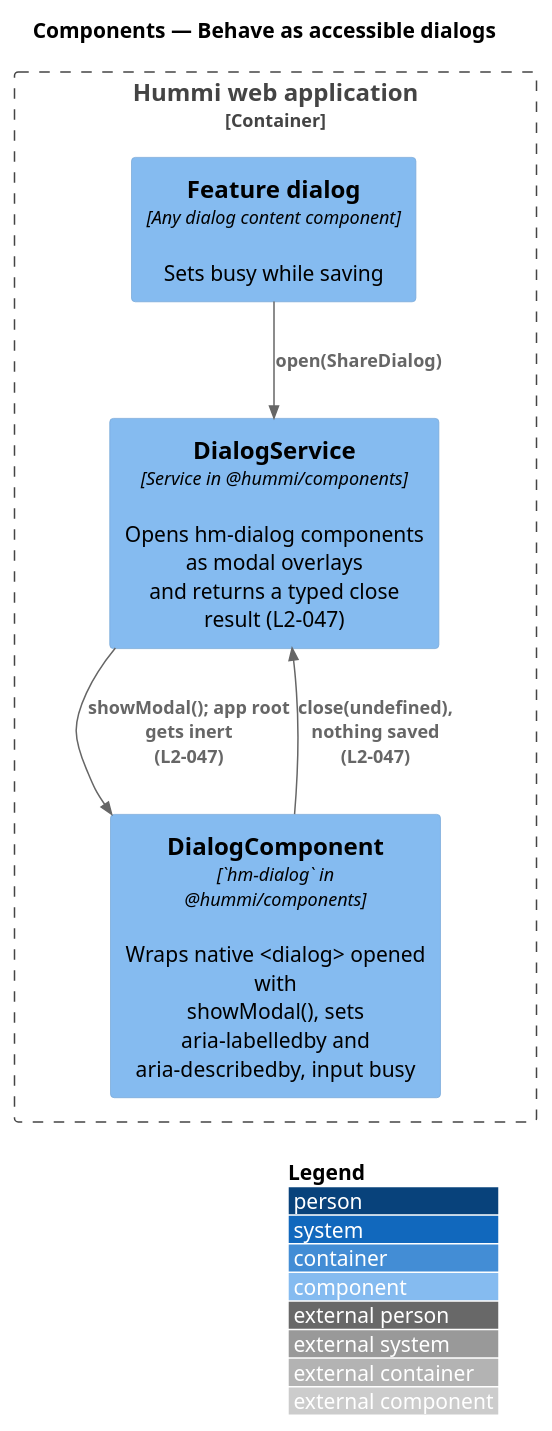
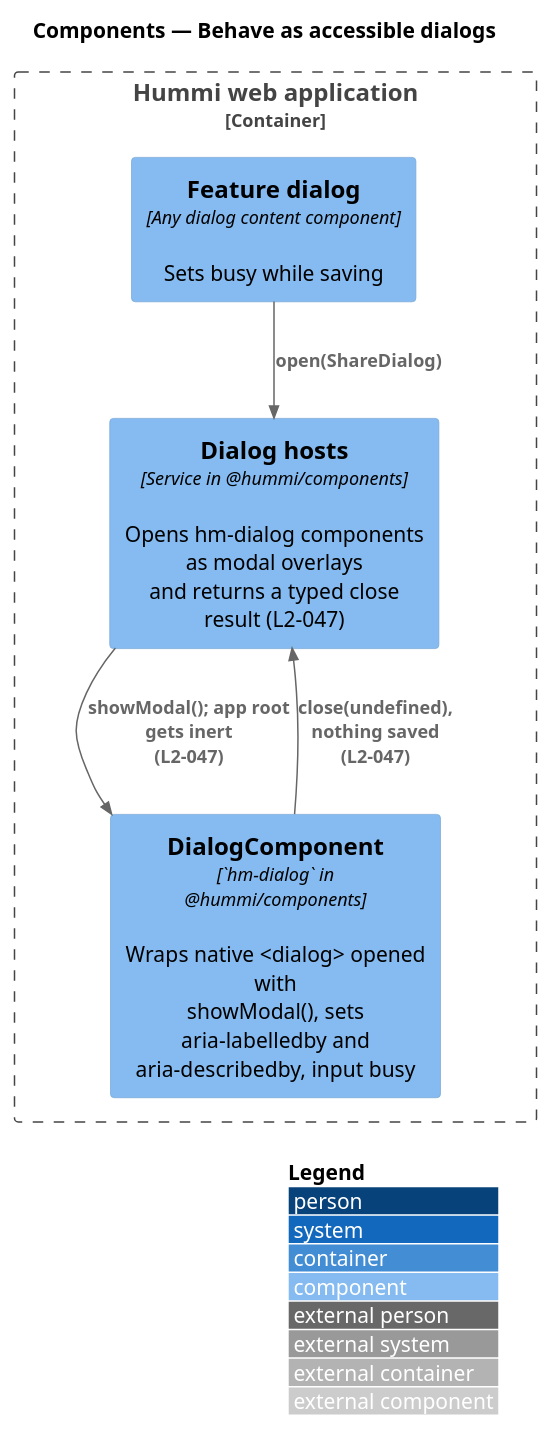
One commit to QuinntyneBrown/hummi changed the diagram in docs/detailed-designs/interface/dialogs/diagrams/c4-component.puml. Above: the diagram before and after it, drawn with PlantUML. The commit also changed 35 other files, not shown here.

First line of the commit message:
Get clear feedback: banners, Server error, modal dialogs and the remaining feedback tests

```diff
--- a/docs/detailed-designs/interface/dialogs/diagrams/c4-component.puml
+++ b/docs/detailed-designs/interface/dialogs/diagrams/c4-component.puml
@@ -1,14 +1,14 @@
 @startuml
 !include <C4/C4_Component>
 LAYOUT_WITH_LEGEND()
 title Components — Behave as accessible dialogs
 
 Container_Boundary(spa, "Hummi web application") {
-  Component(dialogs, "DialogService", "Service in @hummi/components", "Opens hm-dialog components as modal overlays\nand returns a typed close result (L2-047)")
+  Component(dialogs, "Dialog hosts", "Service in @hummi/components", "Opens hm-dialog components as modal overlays\nand returns a typed close result (L2-047)")
   Component(dlg, "DialogComponent", "`hm-dialog` in @hummi/components", "Wraps native <dialog> opened with\nshowModal(), sets aria-labelledby and\naria-describedby, input busy")
   Component(content, "Feature dialog", "Any dialog content component", "Sets busy while saving")
 }
 Rel(content, dialogs, "open(ShareDialog)")
 Rel(dialogs, dlg, "showModal(); app root gets inert\n(L2-047)")
 Rel(dlg, dialogs, "close(undefined), nothing saved\n(L2-047)")
 @enduml
```
